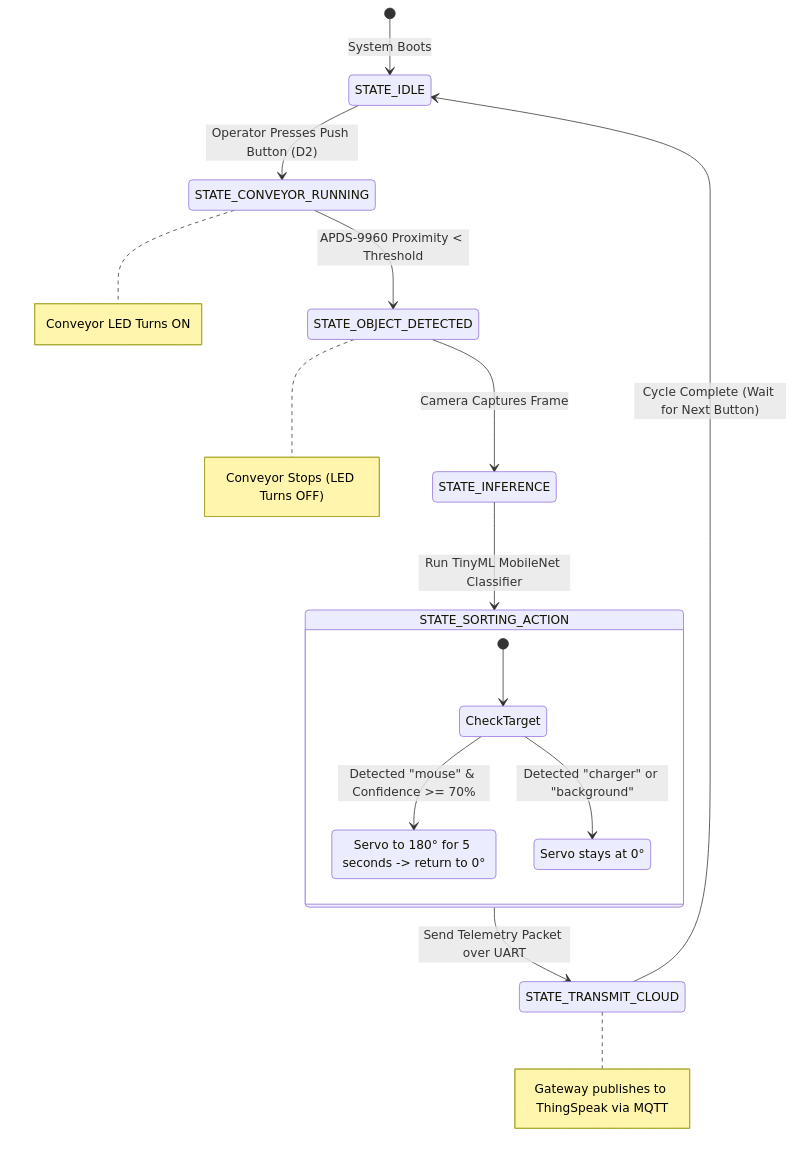
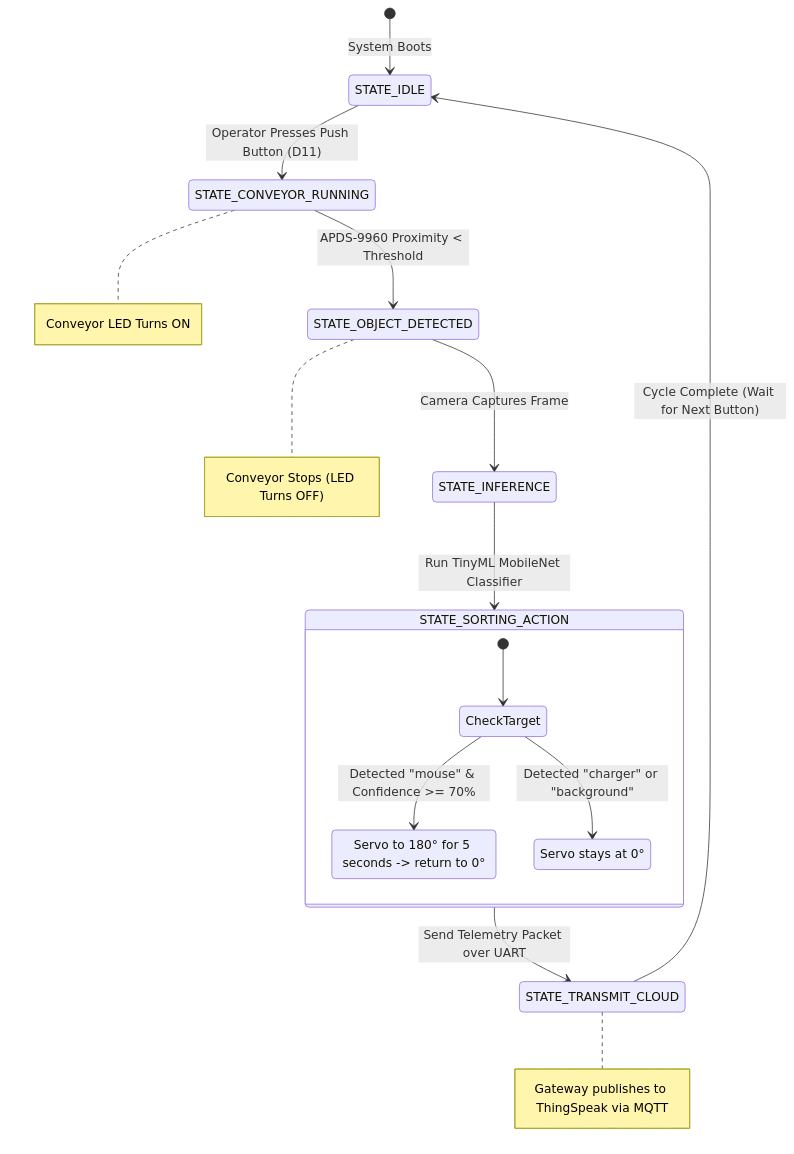
One commit to Dylan42415/AIoT-Warehouse-AI-Sorting-System changed the diagram in Warehouse_AI_System/System_Architecture.md. Above: the diagram before and after it, drawn with Mermaid. The commit also changed other lines of this file and 3 other files, not shown here.

Commit message:
fix(audit): align Grove Port J2 (D11) and LED_BUILTIN pinouts across architecture docs and boot banner

````diff
--- a/Warehouse_AI_System/System_Architecture.md
+++ b/Warehouse_AI_System/System_Architecture.md
@@ -63,27 +63,27 @@
 ```mermaid
 stateDiagram-v2
     [*] --> STATE_IDLE: System Boots
     
-    STATE_IDLE --> STATE_CONVEYOR_RUNNING: Operator Presses Push Button (D2)
+    STATE_IDLE --> STATE_CONVEYOR_RUNNING: Operator Presses Push Button (D11)
     note right of STATE_CONVEYOR_RUNNING: Conveyor LED Turns ON
     
     STATE_CONVEYOR_RUNNING --> STATE_OBJECT_DETECTED: APDS-9960 Proximity < Threshold
     note right of STATE_OBJECT_DETECTED: Conveyor Stops (LED Turns OFF)
     
     STATE_OBJECT_DETECTED --> STATE_INFERENCE: Camera Captures Frame
     
     STATE_INFERENCE --> STATE_SORTING_ACTION: Run TinyML MobileNet Classifier
     
     state STATE_SORTING_ACTION {
         [*] --> CheckTarget
         CheckTarget --> PushItem: Detected "mouse" & Confidence >= 70%
         PushItem: Servo to 180° for 5 seconds -> return to 0°
         CheckTarget --> IgnoreItem: Detected "charger" or "background"
         IgnoreItem: Servo stays at 0°
     }
     
     STATE_SORTING_ACTION --> STATE_TRANSMIT_CLOUD: Send Telemetry Packet over UART
     note right of STATE_TRANSMIT_CLOUD: Gateway publishes to ThingSpeak via MQTT
     
     STATE_TRANSMIT_CLOUD --> STATE_IDLE: Cycle Complete (Wait for Next Button)
 ```
````
